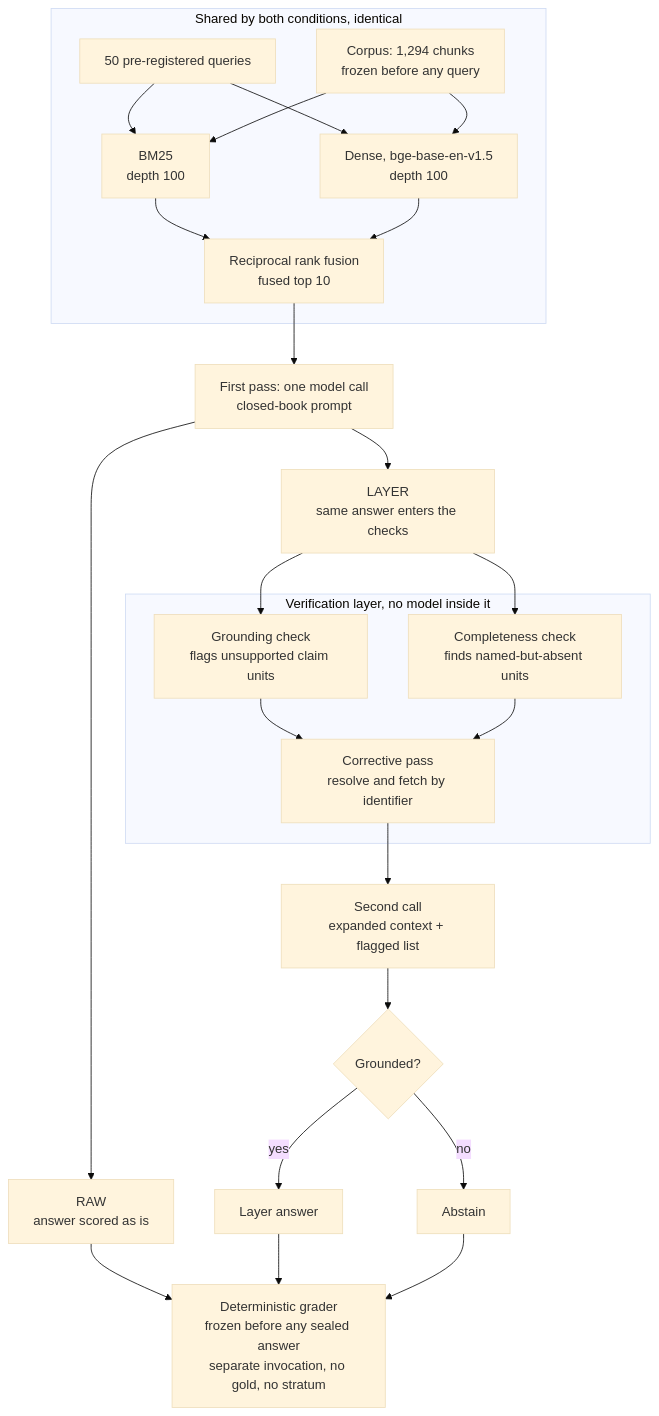
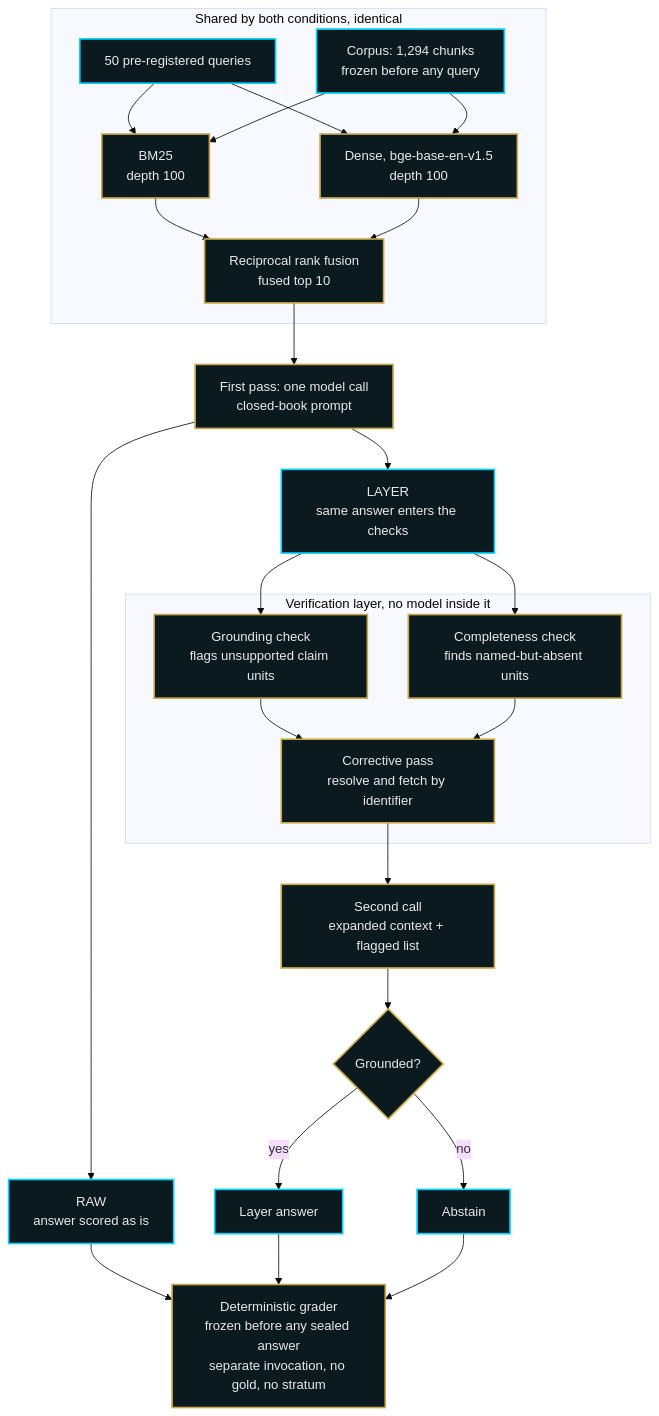
The second of 2 diagrams in README.md (HasanYoussef-AI/architect-rag-verification), drawn with Mermaid (base theme) before and after one commit. The commit also changed other lines of this file and 1 other file, not shown here.

````diff
--- a/README.md
+++ b/README.md
@@ -83,40 +87,44 @@
 ```mermaid
 flowchart TB
     subgraph shared["Shared by both conditions, identical"]
-        Q["50 pre-registered queries"]
-        C["Corpus: 1,294 chunks<br/>frozen before any query"]
-        B["BM25<br/>depth 100"]
-        D["Dense, bge-base-en-v1.5<br/>depth 100"]
-        F["Reciprocal rank fusion<br/>fused top 10"]
+        Q["50 pre-registered queries"]:::data
+        C["Corpus: 1,294 chunks<br/>frozen before any query"]:::data
+        B["BM25<br/>depth 100"]:::layer
+        D["Dense, bge-base-en-v1.5<br/>depth 100"]:::layer
+        F["Reciprocal rank fusion<br/>fused top 10"]:::layer
         Q --> B
         Q --> D
         C --> B
         C --> D
         B --> F
         D --> F
     end
 
-    F --> P1["First pass: one model call<br/>closed-book prompt"]
+    F --> P1["First pass: one model call<br/>closed-book prompt"]:::layer
 
-    P1 --> RAW["RAW<br/>answer scored as is"]
-    P1 --> LAY["LAYER<br/>same answer enters the checks"]
+    P1 --> RAW["RAW<br/>answer scored as is"]:::out
+    P1 --> LAY["LAYER<br/>same answer enters the checks"]:::out
 
     subgraph layer["Verification layer, no model inside it"]
-        G["Grounding check<br/>flags unsupported claim units"]
-        A["Completeness check<br/>finds named-but-absent units"]
-        R["Corrective pass<br/>resolve and fetch by identifier"]
+        G["Grounding check<br/>flags unsupported claim units"]:::layer
+        A["Completeness check<br/>finds named-but-absent units"]:::layer
+        R["Corrective pass<br/>resolve and fetch by identifier"]:::layer
         G --> R
         A --> R
     end
 
     LAY --> G
     LAY --> A
-    R --> P2["Second call<br/>expanded context + flagged list"]
-    P2 --> AB{"Grounded?"}
-    AB -->|yes| OUT["Layer answer"]
-    AB -->|no| ABS["Abstain"]
+    R --> P2["Second call<br/>expanded context + flagged list"]:::layer
+    P2 --> AB{"Grounded?"}:::layer
+    AB -->|yes| OUT["Layer answer"]:::out
+    AB -->|no| ABS["Abstain"]:::out
 
-    RAW --> GR["Deterministic grader<br/>frozen before any sealed answer<br/>separate invocation, no gold, no stratum"]
+    RAW --> GR["Deterministic grader<br/>frozen before any sealed answer<br/>separate invocation, no gold, no stratum"]:::layer
     OUT --> GR
     ABS --> GR
+
+    classDef layer fill:#0A1A1F,stroke:#C9A84C,stroke-width:2px,color:#E8EAEC
+    classDef data fill:#0A1A1F,stroke:#00D4FF,stroke-width:2px,color:#E8EAEC
+    classDef out fill:#0A1A1F,stroke:#00D4FF,stroke-width:2px,color:#E8EAEC
 ```
````
